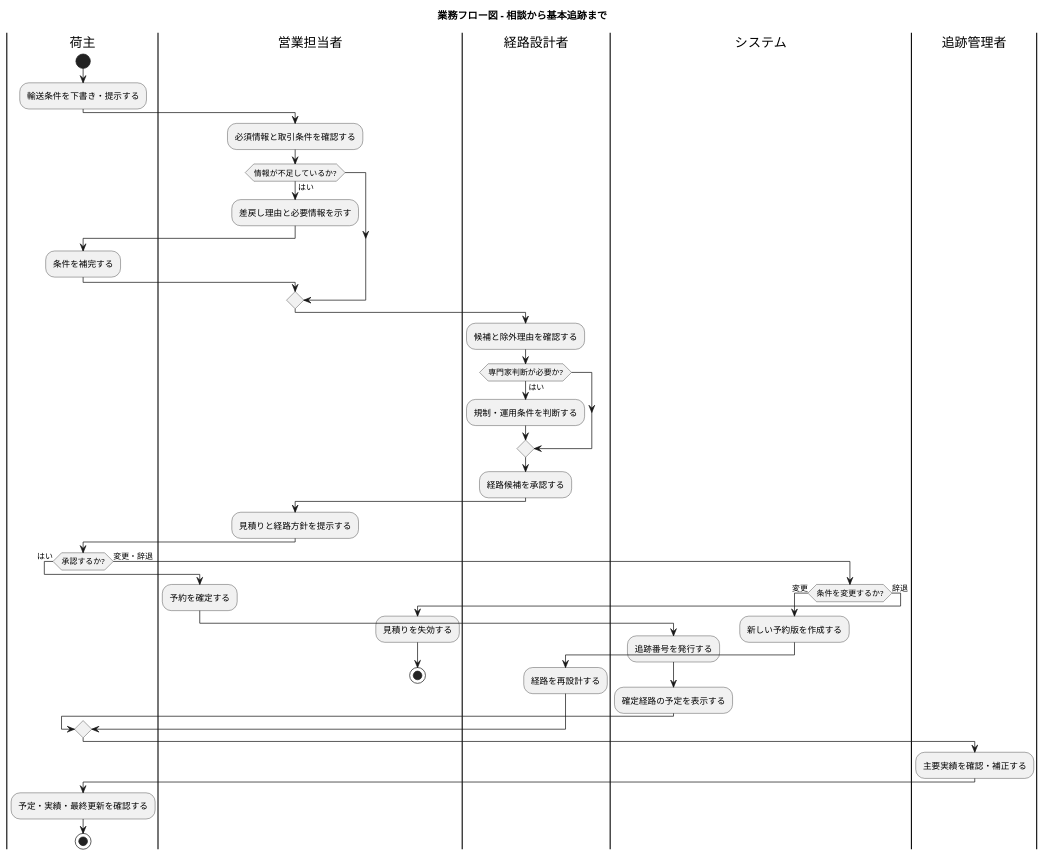
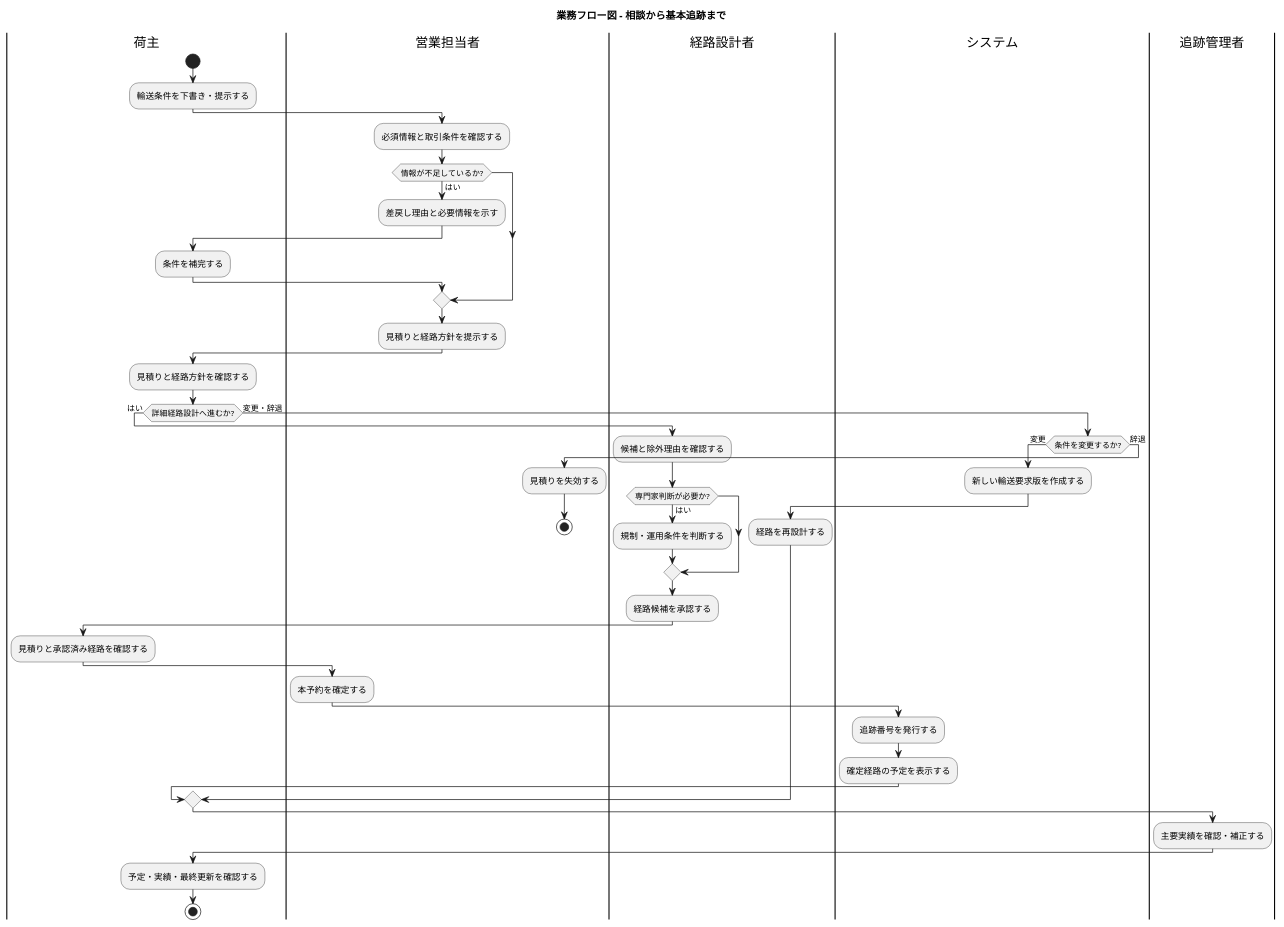
One commit to k2works/practical-domain-driven-design-in-enterpris-application changed the fourth of 12 diagrams in docs/requirements/cargo-tracker/requirements_definition.md. Above: the diagram before and after it, drawn with PlantUML. The commit also changed other lines of this file and 10 other files, not shown here.

````diff
--- a/docs/requirements/cargo-tracker/requirements_definition.md
+++ b/docs/requirements/cargo-tracker/requirements_definition.md
@@ -266,47 +267,50 @@
 ```plantuml
 @startuml
 title 業務フロー図 - 相談から基本追跡まで
 |荷主|
 start
 :輸送条件を下書き・提示する;
 |営業担当者|
 :必須情報と取引条件を確認する;
 if (情報が不足しているか?) then (はい)
   :差戻し理由と必要情報を示す;
   |荷主|
   :条件を補完する;
   |営業担当者|
 endif
-|経路設計者|
-:候補と除外理由を確認する;
-if (専門家判断が必要か?) then (はい)
-  :規制・運用条件を判断する;
-endif
-:経路候補を承認する;
 |営業担当者|
 :見積りと経路方針を提示する;
 |荷主|
-if (承認するか?) then (はい)
+:見積りと経路方針を確認する;
+if (詳細経路設計へ進むか?) then (はい)
+  |経路設計者|
+  :候補と除外理由を確認する;
+  if (専門家判断が必要か?) then (はい)
+    :規制・運用条件を判断する;
+  endif
+  :経路候補を承認する;
+  |荷主|
+  :見積りと承認済み経路を確認する;
   |営業担当者|
-  :予約を確定する;
+  :本予約を確定する;
   |システム|
   :追跡番号を発行する;
   :確定経路の予定を表示する;
 else (変更・辞退)
   if (条件を変更するか?) then (変更)
-    :新しい予約版を作成する;
+    :新しい輸送要求版を作成する;
     |経路設計者|
     :経路を再設計する;
   else (辞退)
     |営業担当者|
     :見積りを失効する;
     stop
   endif
 endif
 |追跡管理者|
 :主要実績を確認・補正する;
 |荷主|
 :予定・実績・最終更新を確認する;
 stop
 @enduml
 ```
````
